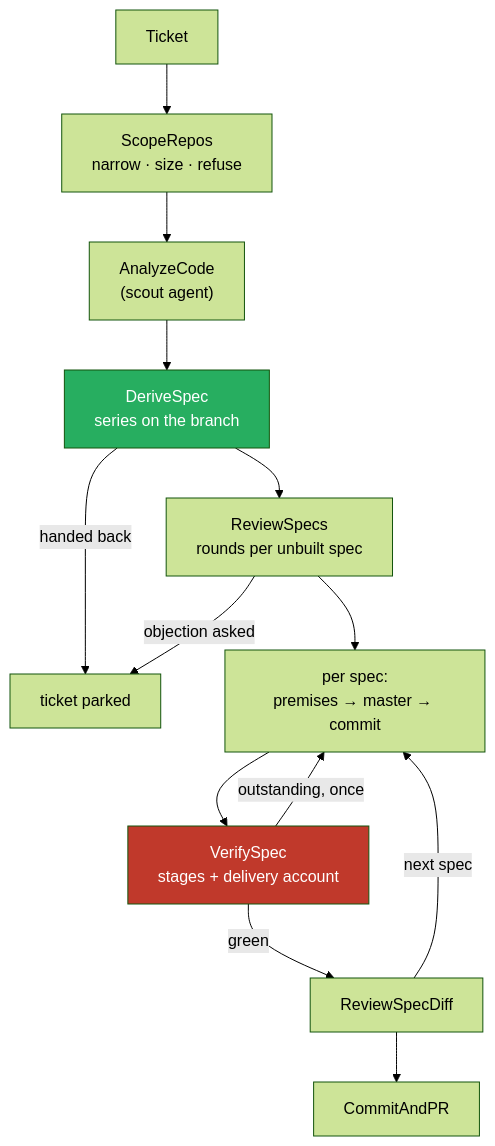
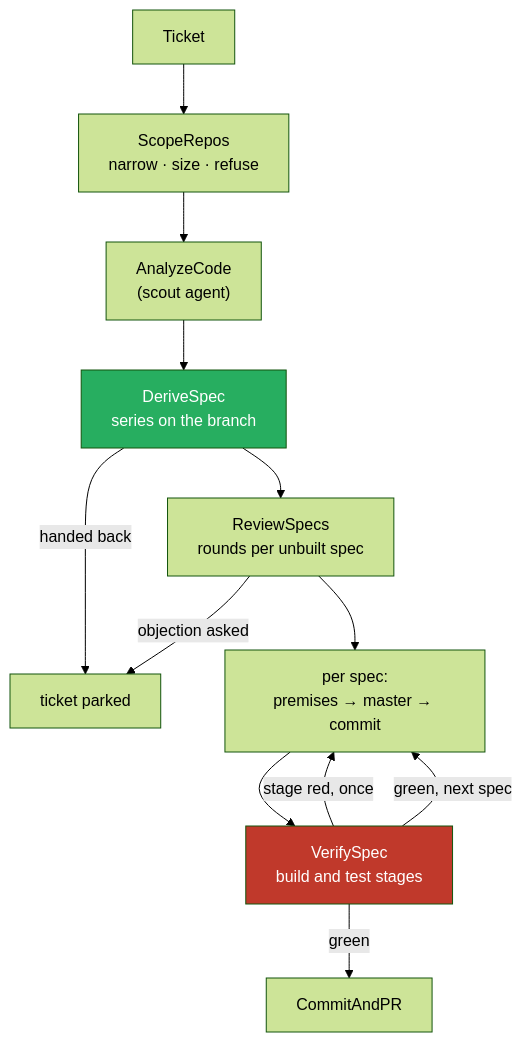
One commit to holgerleichsenring/agent-smith changed the diagram in docs/reference/pipelines/fix-and-feature.md. Above: the diagram before and after it, drawn with Mermaid (forest theme). The commit also changed other lines of this file and 203 other files, not shown here.

First line of the commit message:
feat(verify): verify is mechanical; the spec's account is its master's report (2026-11-18-c8e2c)

````diff
--- a/docs/reference/pipelines/fix-and-feature.md
+++ b/docs/reference/pipelines/fix-and-feature.md
@@ -50,18 +49,17 @@
 ```mermaid
 graph TD
     Ticket --> Scope["ScopeRepos<br/>narrow · size · refuse"]
     Scope --> Analyze["AnalyzeCode<br/>(scout agent)"]
     Analyze --> Derive["DeriveSpec<br/>series on the branch"]
     Derive -->|handed back| Park[ticket parked]
     Derive --> Review["ReviewSpecs<br/>rounds per unbuilt spec"]
     Review -->|objection asked| Park
     Review --> Spec["per spec:<br/>premises → master → commit"]
-    Spec --> Verify["VerifySpec<br/>stages + delivery account"]
-    Verify -->|outstanding, once| Spec
-    Verify -->|green| DiffReview[ReviewSpecDiff]
-    DiffReview -->|next spec| Spec
-    DiffReview --> PR[CommitAndPR]
+    Spec --> Verify["VerifySpec<br/>build and test stages"]
+    Verify -->|stage red, once| Spec
+    Verify -->|green, next spec| Spec
+    Verify -->|green| PR[CommitAndPR]
 
     style Derive fill:#27ae60,color:#fff
     style Verify fill:#c0392b,color:#fff
 ```
````
